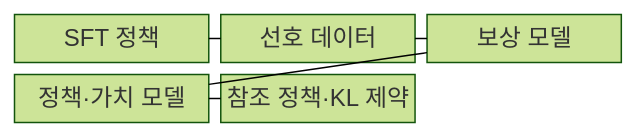
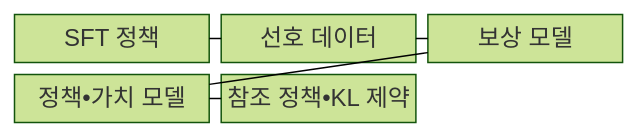
Before and after one commit to agnusdei1207/knowledge-base: the first of 2 diagrams in src/content/docs/notes/08-latest-tech/065_reinforcement_learning_from_human_feedback.md, drawn with Mermaid (forest theme). The commit also changed other lines of this file and 953 other files, not shown here.

````diff
--- a/src/content/docs/notes/08-latest-tech/065_reinforcement_learning_from_human_feedback.md
+++ b/src/content/docs/notes/08-latest-tech/065_reinforcement_learning_from_human_feedback.md
@@ -71,13 +71,13 @@
 ```mermaid
 block-beta
     columns 3
     S["SFT 정책"]
     P["선호 데이터"]
     R["보상 모델"]
-    A["정책·가치 모델"]
-    K["참조 정책·KL 제약"]
+    A["정책•가치 모델"]
+    K["참조 정책•KL 제약"]
     S --- P
     P --- R
     R --- A
     A --- K
 ```
````
